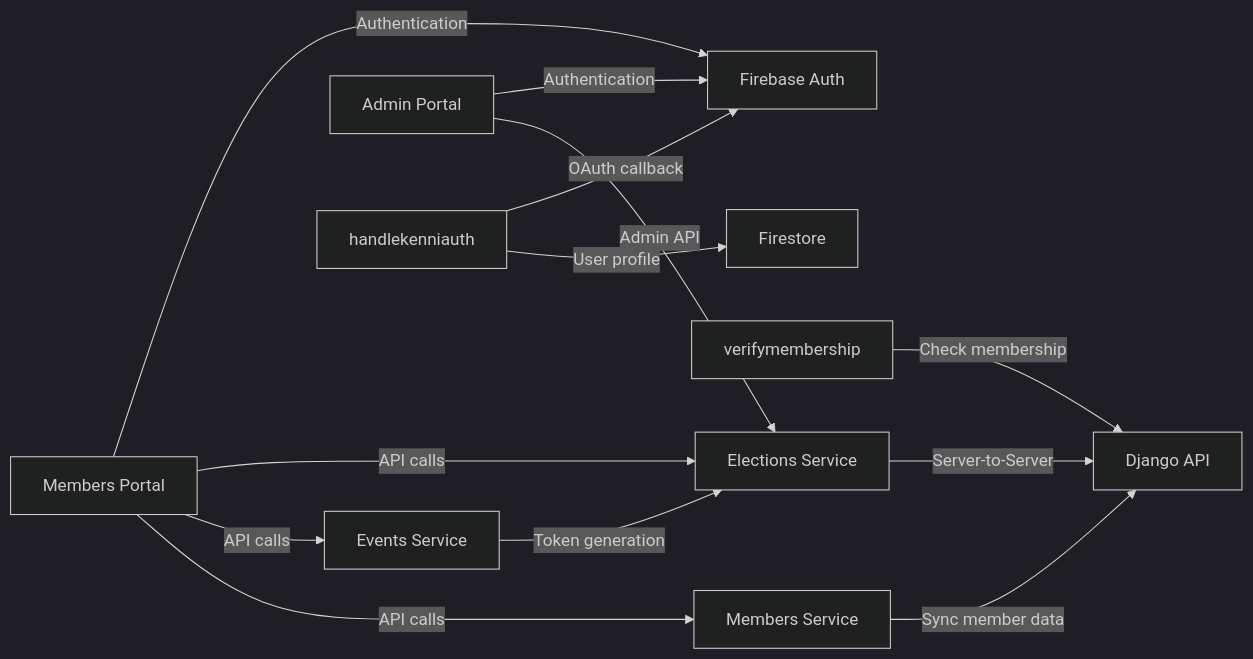
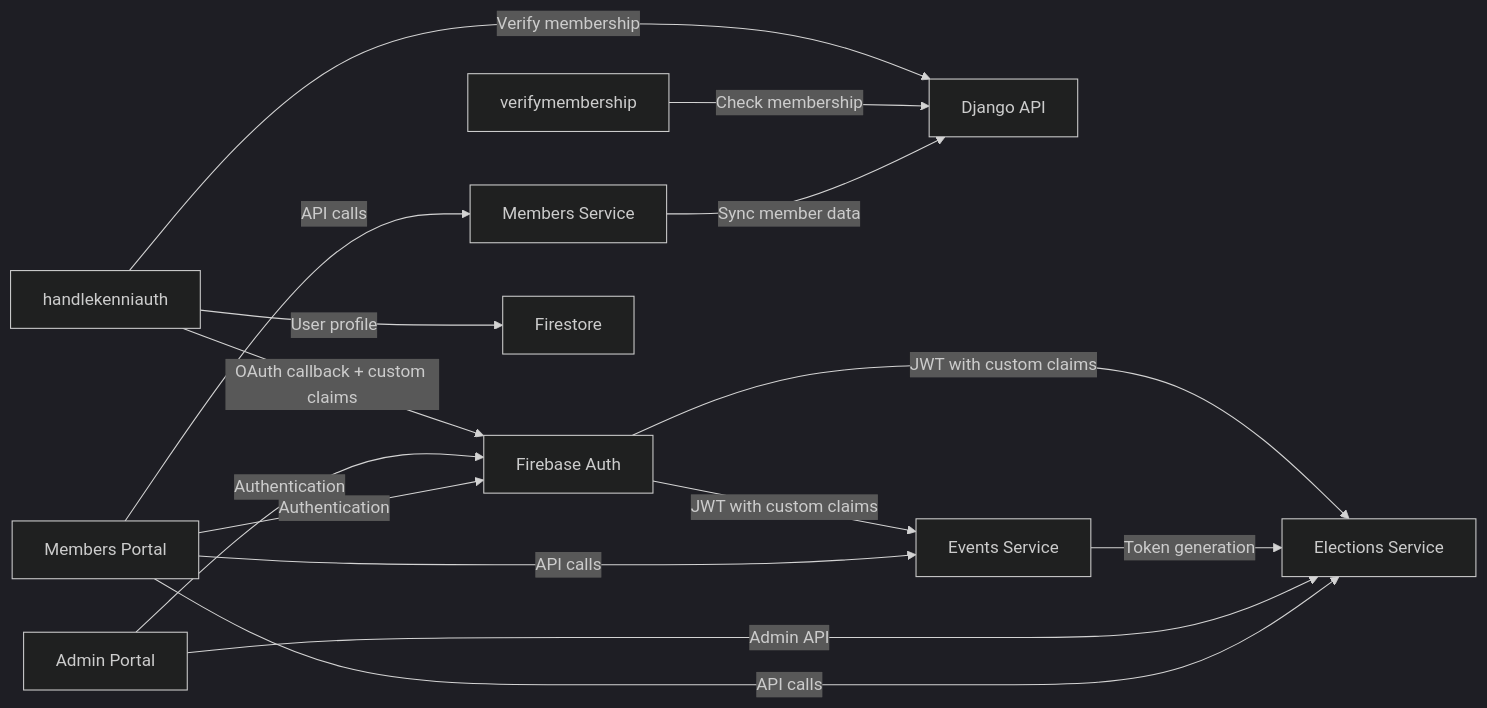
One commit to sosialistaflokkurinn/ekklesia changed the third of 3 diagrams in docs/infrastructure/CLOUD_RUN_SERVICES.md. Above: the diagram before and after it, drawn with Mermaid (dark theme). The commit also changed other lines of this file, not shown here.

First line of the commit message:
fix(diagrams): Correct Elections Service architecture - no direct Django connection

````diff
--- a/docs/infrastructure/CLOUD_RUN_SERVICES.md
+++ b/docs/infrastructure/CLOUD_RUN_SERVICES.md
@@ -115,15 +116,17 @@
 ```mermaid
 graph LR
-    Elections[Elections Service] -->|Server-to-Server| Django[Django API]
-    Members[Members Service] -->|Sync member data| Django
+    Members[Members Service] -->|Sync member data| Django[Django API]
     Verify[verifymembership] -->|Check membership| Django
+    HandleAuth[handlekenniauth] -->|Verify membership| Django
     Portal[Members Portal] -->|Authentication| Firebase[Firebase Auth]
     Portal -->|API calls| Elections
     Portal -->|API calls| Events
     Portal -->|API calls| Members
     Admin[Admin Portal] -->|Authentication| Firebase
     Admin -->|Admin API| Elections
     Events[Events Service] -->|Token generation| Elections
-    HandleAuth[handlekenniauth] -->|OAuth callback| Firebase
+    HandleAuth -->|OAuth callback + custom claims| Firebase
     HandleAuth -->|User profile| Firestore[Firestore]
+    Firebase -->|JWT with custom claims| Elections[Elections Service]
+    Firebase -->|JWT with custom claims| Events
 ```
````
